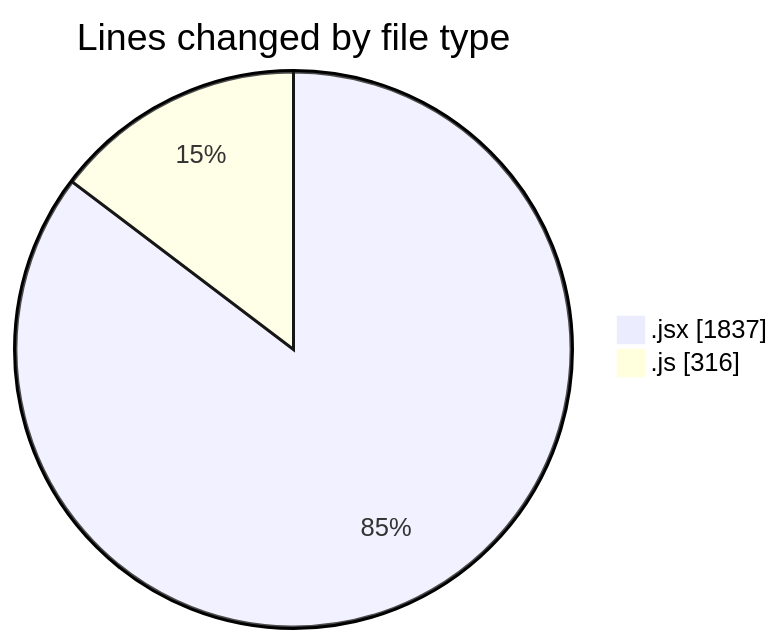
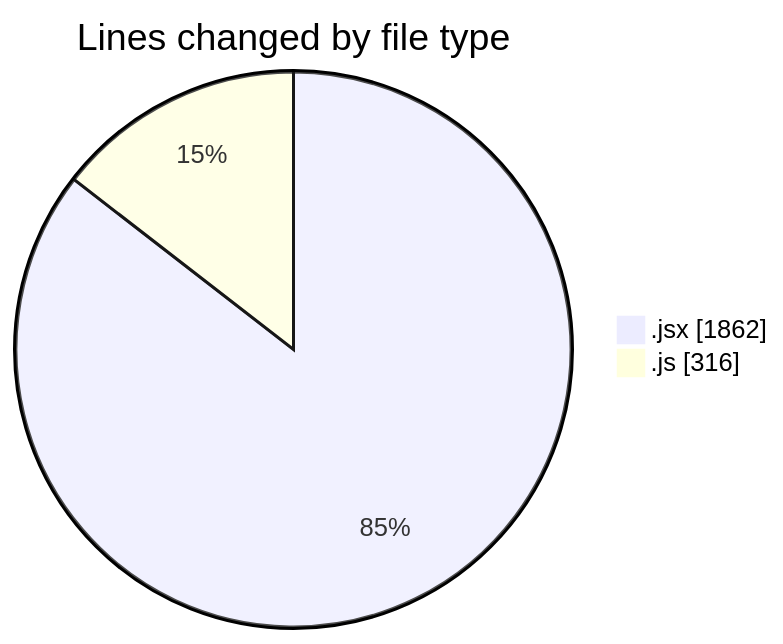
The first of 2 diagrams in 2025-07-13/argos/README.md (nxtqubesakshisongat/code-tracking), drawn with Mermaid before and after one commit. The commit also changed other lines of this file and 1 other file, not shown here.

````diff
--- a/2025-07-13/argos/README.md
+++ b/2025-07-13/argos/README.md
@@ -21,6 +21,6 @@
 ```mermaid
 pie showData
 title Lines changed by file type
-".jsx" : 1837
+".jsx" : 1862
 ".js" : 316
 ```
````
